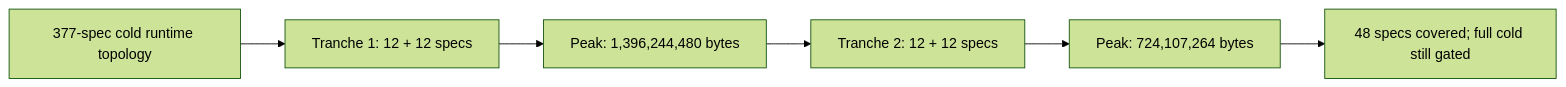
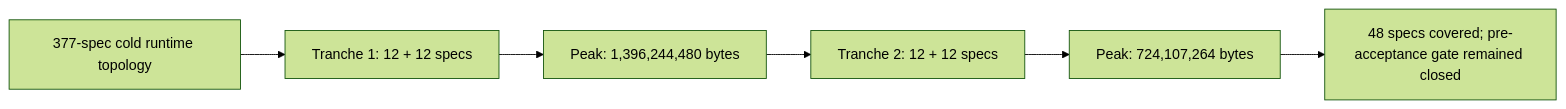
One commit to tao3k/poo-flow changed the first of 2 diagrams in docs/10-19-design/10.06-poo-module-system/147-adaptive-scheme-build-guard.org. Above: the diagram before and after it, drawn with Mermaid (forest theme). The commit also changed other lines of this file and 5 other files, not shown here.

```diff
--- a/docs/10-19-design/10.06-poo-module-system/147-adaptive-scheme-build-guard.org
+++ b/docs/10-19-design/10.06-poo-module-system/147-adaptive-scheme-build-guard.org
@@ -94,8 +94,8 @@
 #+begin_src mermaid
 flowchart LR
   T["377-spec cold runtime topology"] --> A["Tranche 1: 12 + 12 specs"]
   A --> R1["Peak: 1,396,244,480 bytes"]
   R1 --> B["Tranche 2: 12 + 12 specs"]
   B --> R2["Peak: 724,107,264 bytes"]
-  R2 --> G["48 specs covered; full cold still gated"]
+  R2 --> G["48 specs covered; pre-acceptance gate remained closed"]
 #+end_src
```
